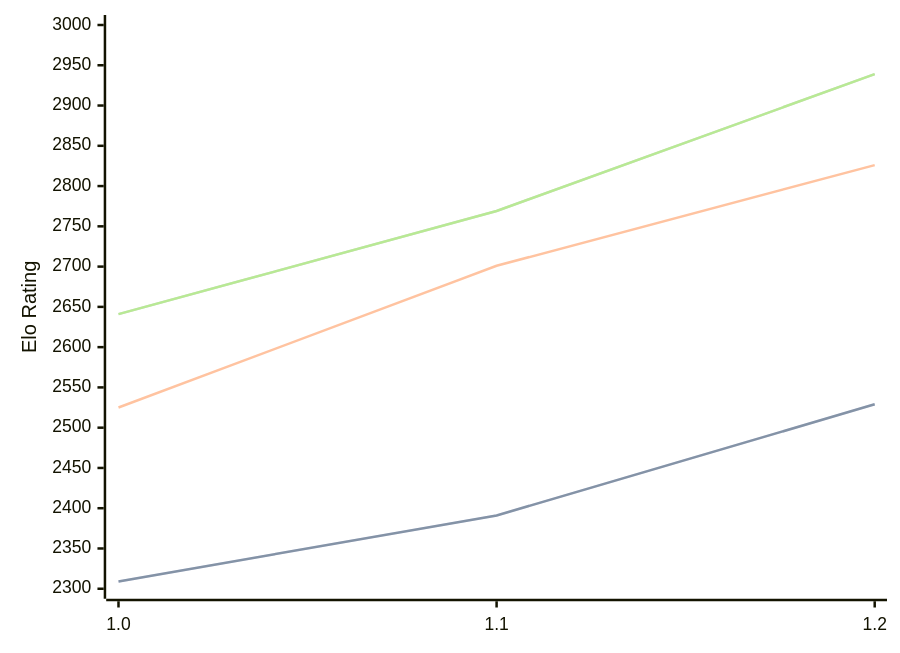
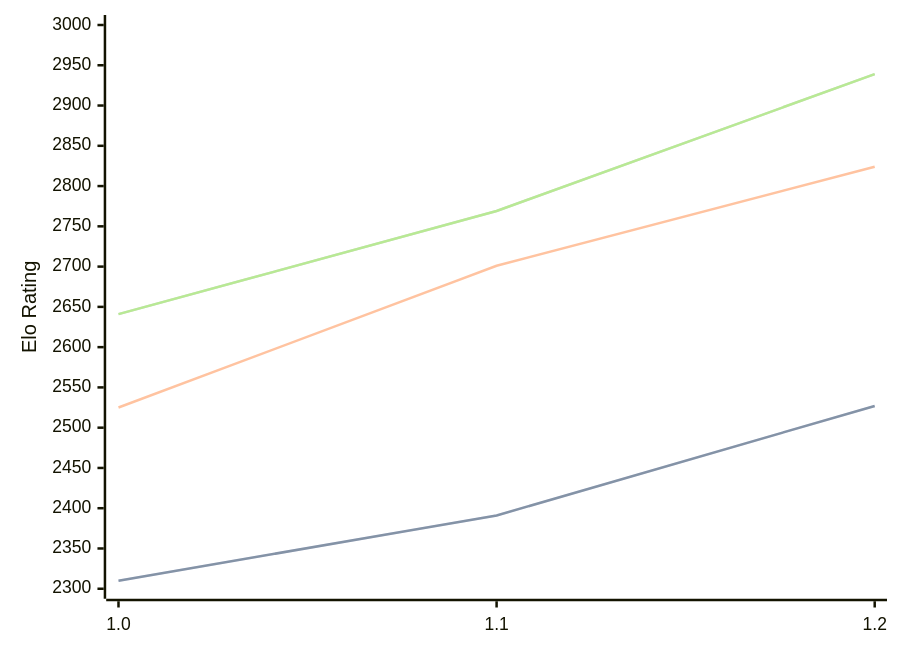
One commit to computer-chess-index/cci changed the first of 3 diagrams in engines/FoxChess.md. Above: the diagram before and after it, drawn with Mermaid. The commit also changed other lines of this file, not shown here.

````diff
--- a/engines/FoxChess.md
+++ b/engines/FoxChess.md
@@ -33,11 +33,11 @@
 ```mermaid
 %%{init: {"theme":"base","themeVariables":{"seriesColors:['#a3a3a3','#222221','#faa371']}}}%%
 xychart-beta
   x-axis ["1.0", "1.1", "1.2"]
   y-axis "Elo Rating" 2300 --> 3000
-  line "STC (8.0+0.08s)" [2309, 2391, 2529]
-  line "STC (8.0+0.08s)" [2309, 2391, 2529]
-  line "LTC (60.0+0.60s)" [2525, 2701, 2826]
+  line "STC (8.0+0.08s)" [2310, 2391, 2527]
+  line "STC (8.0+0.08s)" [2310, 2391, 2527]
+  line "LTC (60.0+0.60s)" [2525, 2701, 2824]
   line "VLTC (2m24s+1.12s)" [2641, 2769, 2939]
   line "VLTC (2m24s+1.12s)" [2641, 2769, 2939]
 ```
````
